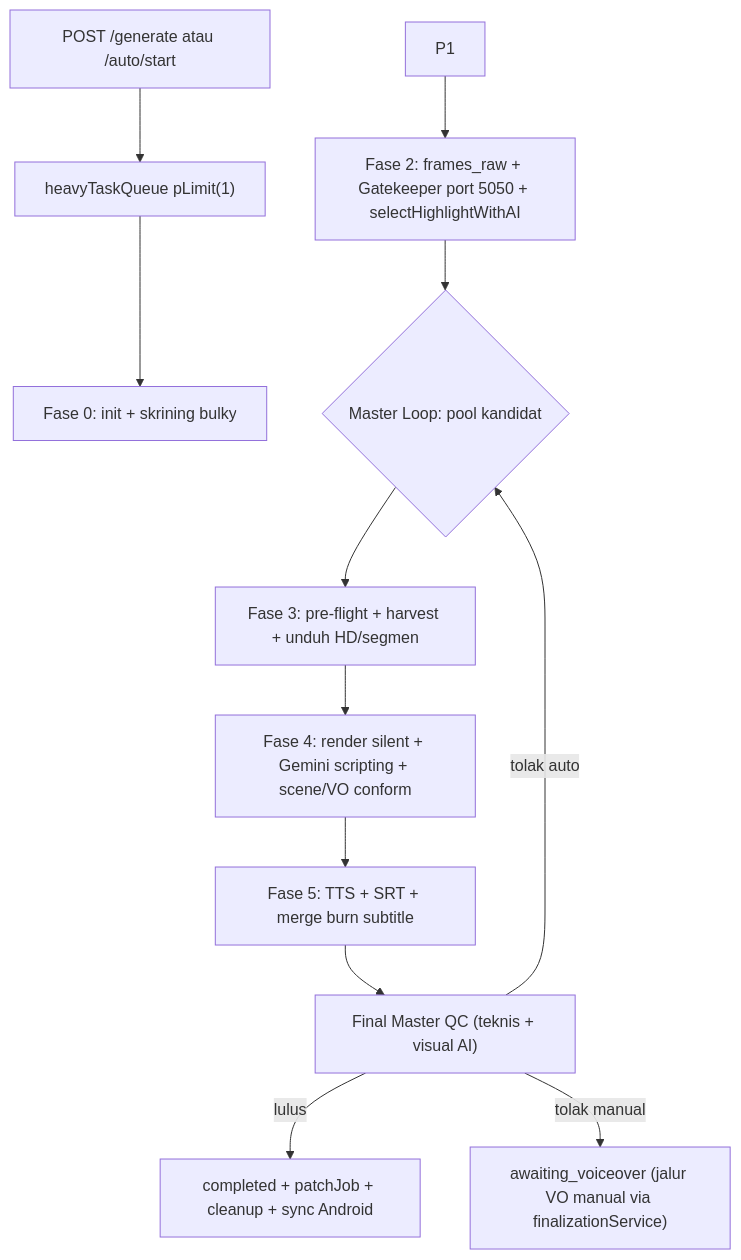
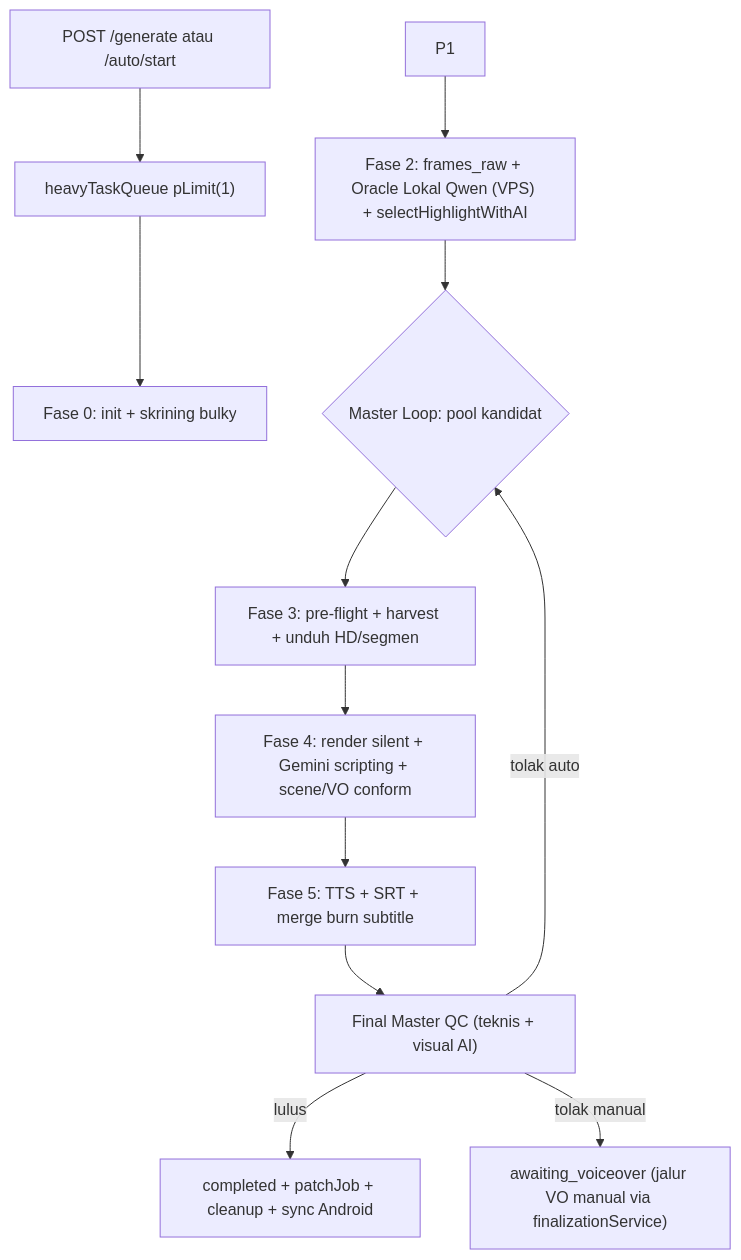
The diagram in BACKEND_WORKFLOW_MAP.md (Zozodoank/clippervps), drawn with Mermaid before and after one commit. The commit also changed other lines of this file and 14 other files, not shown here.

Commit message:
feat: migrasi pipeline VLM ke Oracle Lokal Qwen (VPS) via llama.cpp + yt-dlp proxy

````diff
--- a/BACKEND_WORKFLOW_MAP.md
+++ b/BACKEND_WORKFLOW_MAP.md
@@ -109,14 +109,14 @@
 ```mermaid
 flowchart TD
     A["POST /generate atau /auto/start"] --> Q["heavyTaskQueue pLimit(1)"]
     Q --> P0["Fase 0: init + skrining bulky"]
-    P1 --> P2["Fase 2: frames_raw + Gatekeeper port 5050 + selectHighlightWithAI"]
+    P1 --> P2["Fase 2: frames_raw + Oracle Lokal Qwen (VPS) + selectHighlightWithAI"]
     P2 --> ML{"Master Loop: pool kandidat"}
     ML --> P3["Fase 3: pre-flight + harvest + unduh HD/segmen"]
     P3 --> P4["Fase 4: render silent + Gemini scripting + scene/VO conform"]
     P4 --> P5["Fase 5: TTS + SRT + merge burn subtitle"]
     P5 --> QC["Final Master QC (teknis + visual AI)"]
     QC -- lulus --> DONE["completed + patchJob + cleanup + sync Android"]
     QC -- tolak auto --> ML
     QC -- tolak manual --> AW["awaiting_voiceover (jalur VO manual via finalizationService)"]
 ```
````
